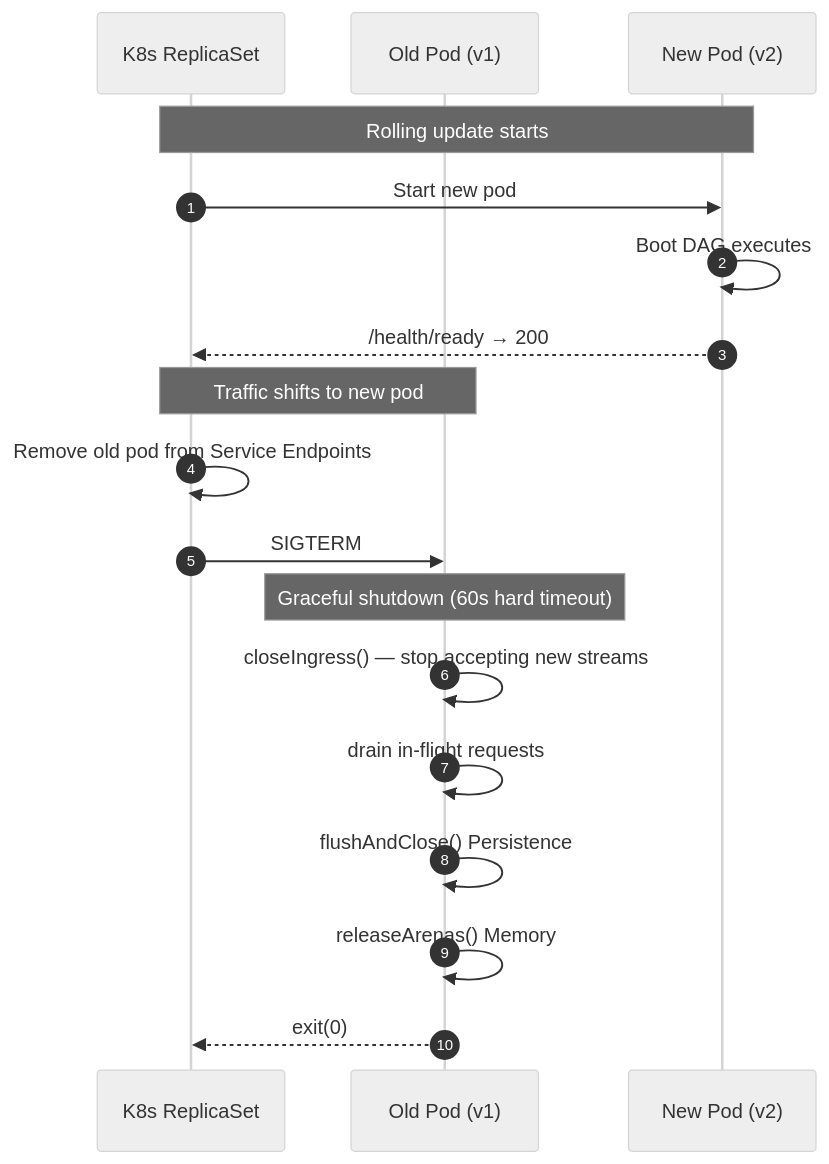
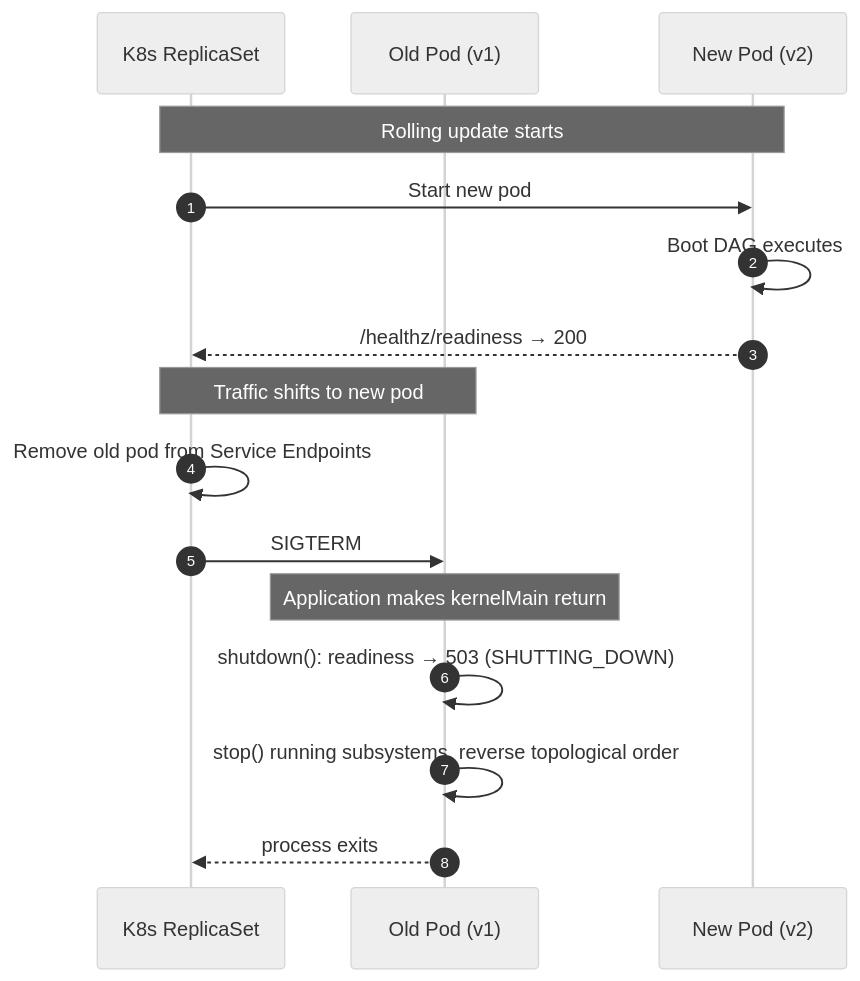
The fourth of 4 diagrams in docs/subsystems/bootstrap.md (exeris-systems/exeris-kernel), drawn with Mermaid (neutral theme) before and after one commit. The commit also changed other lines of this file and 1973 other files, not shown here.

````diff
--- a/docs/subsystems/bootstrap.md
+++ b/docs/subsystems/bootstrap.md
@@ -488,23 +566,20 @@
 ```mermaid
 sequenceDiagram
     autonumber
     participant K8s as K8s ReplicaSet
     participant OLD as Old Pod (v1)
     participant NEW as New Pod (v2)
 
     Note over K8s,NEW: Rolling update starts
     K8s->>NEW: Start new pod
     NEW->>NEW: Boot DAG executes
-    NEW-->>K8s: /health/ready → 200
+    NEW-->>K8s: /healthz/readiness → 200
 
     Note over K8s,OLD: Traffic shifts to new pod
     K8s->>K8s: Remove old pod from Service Endpoints
     K8s->>OLD: SIGTERM
-
-    Note over OLD: Graceful shutdown (60s hard timeout)
-    OLD->>OLD: closeIngress() — stop accepting new streams
-    OLD->>OLD: drain in-flight requests
-    OLD->>OLD: flushAndClose() Persistence
-    OLD->>OLD: releaseArenas() Memory
-    OLD-->>K8s: exit(0)
+    Note over OLD: Application makes kernelMain return
+    OLD->>OLD: shutdown(): readiness → 503 (SHUTTING_DOWN)
+    OLD->>OLD: stop() running subsystems, reverse topological order
+    OLD-->>K8s: process exits
 ```
````
